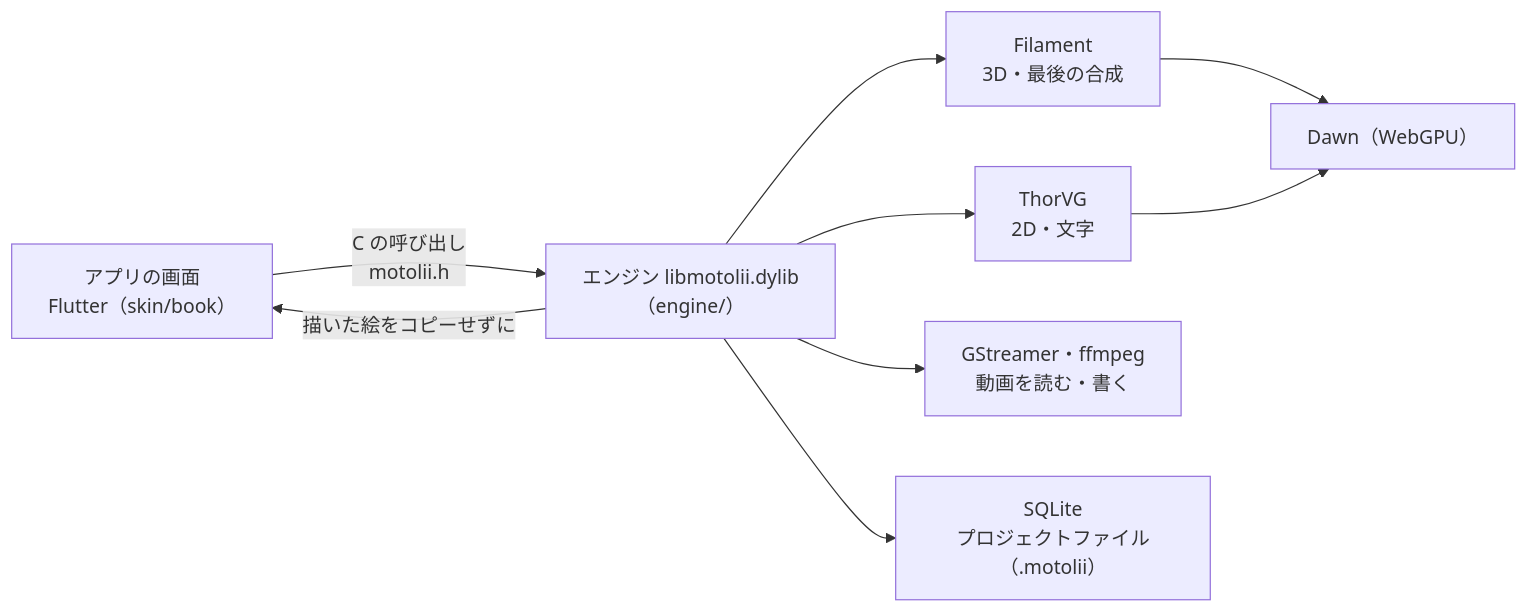
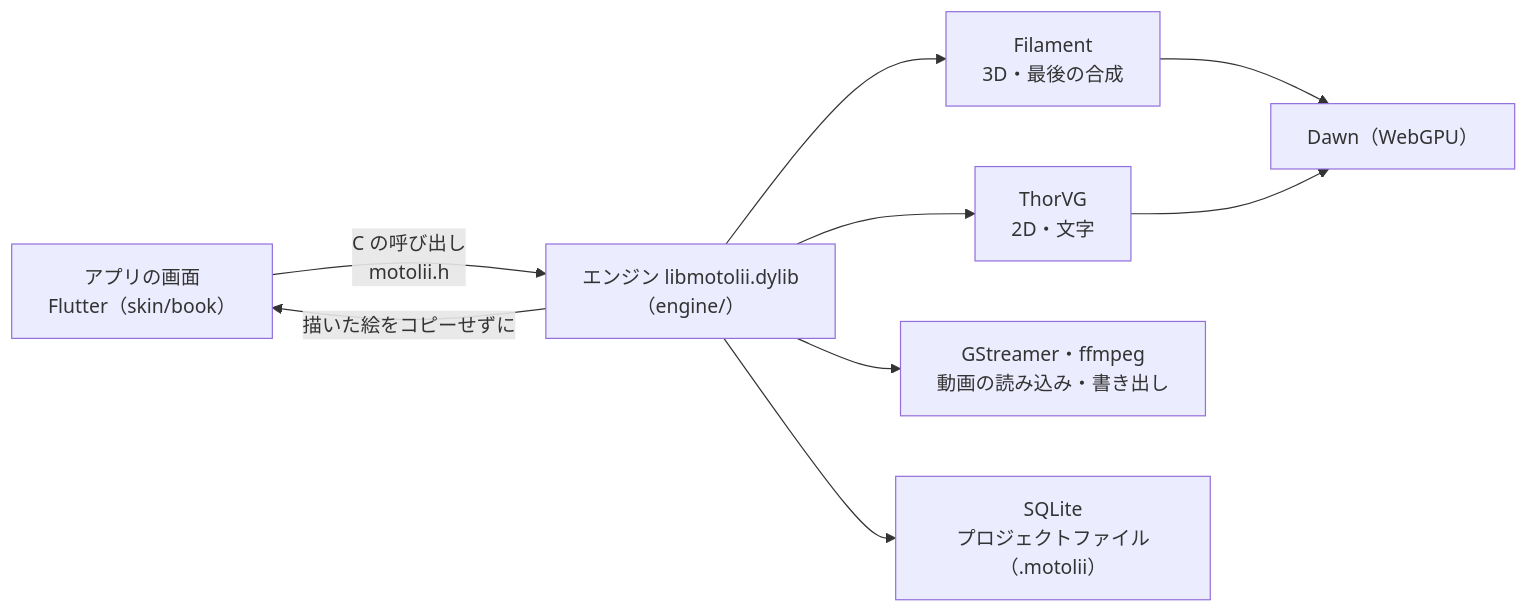
The diagram in README.md (oshikaidesu/motolii), drawn with Mermaid before and after one commit. The commit also changed other lines of this file and 4 other files, not shown here.

````diff
--- a/README.md
+++ b/README.md
@@ -296,11 +305,11 @@
 ```mermaid
 flowchart LR
   W["アプリの画面<br/>Flutter（skin/book）"] -- "C の呼び出し<br/>motolii.h" --> E["エンジン libmotolii.dylib<br/>（engine/）"]
   E --> F["Filament<br/>3D・最後の合成"]
   E --> T["ThorVG<br/>2D・文字"]
-  E --> G["GStreamer・ffmpeg<br/>動画を読む・書く"]
+  E --> G["GStreamer・ffmpeg<br/>動画の読み込み・書き出し"]
   E --> S["SQLite<br/>プロジェクトファイル（.motolii）"]
   F --> D["Dawn（WebGPU）"]
   T --> D
   E -- "描いた絵をコピーせずに" --> W
 ```
````
